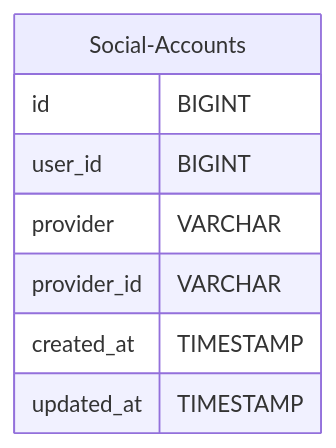
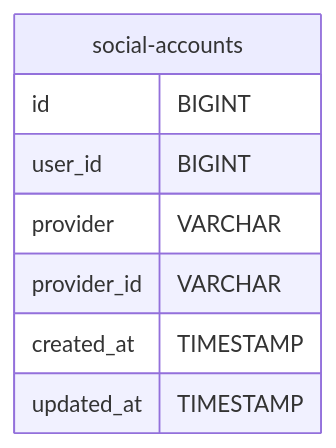
Before and after one commit to codeitlikemiley/arta-ecms-docs: the ninth of 41 diagrams in infrastructure/db-schema.mdx, drawn with Mermaid. The commit also changed other lines of this file and 34 other files, not shown here.

````diff
--- a/infrastructure/db-schema.mdx
+++ b/infrastructure/db-schema.mdx
@@ -205,11 +356,11 @@
-```mermaid
-erDiagram
-    Social-Accounts {
-        id BIGINT
-        user_id BIGINT
-        provider VARCHAR
-        provider_id VARCHAR
-        created_at TIMESTAMP
-        updated_at TIMESTAMP
-    }
-```
+      ```mermaid social-accounts.mmd
+      erDiagram
+        social-accounts {
+            id BIGINT
+            user_id BIGINT
+            provider VARCHAR
+            provider_id VARCHAR
+            created_at TIMESTAMP
+            updated_at TIMESTAMP
+        }
+      ```
````
